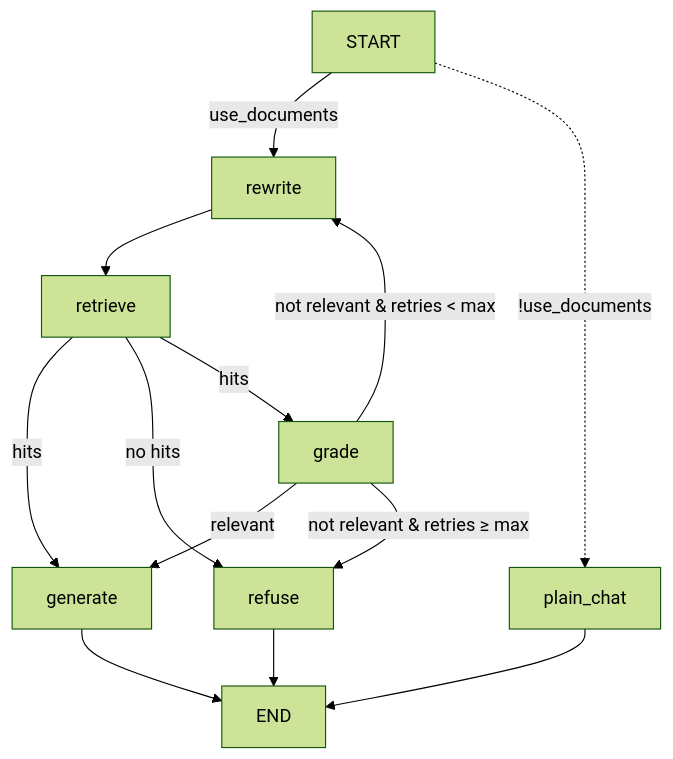
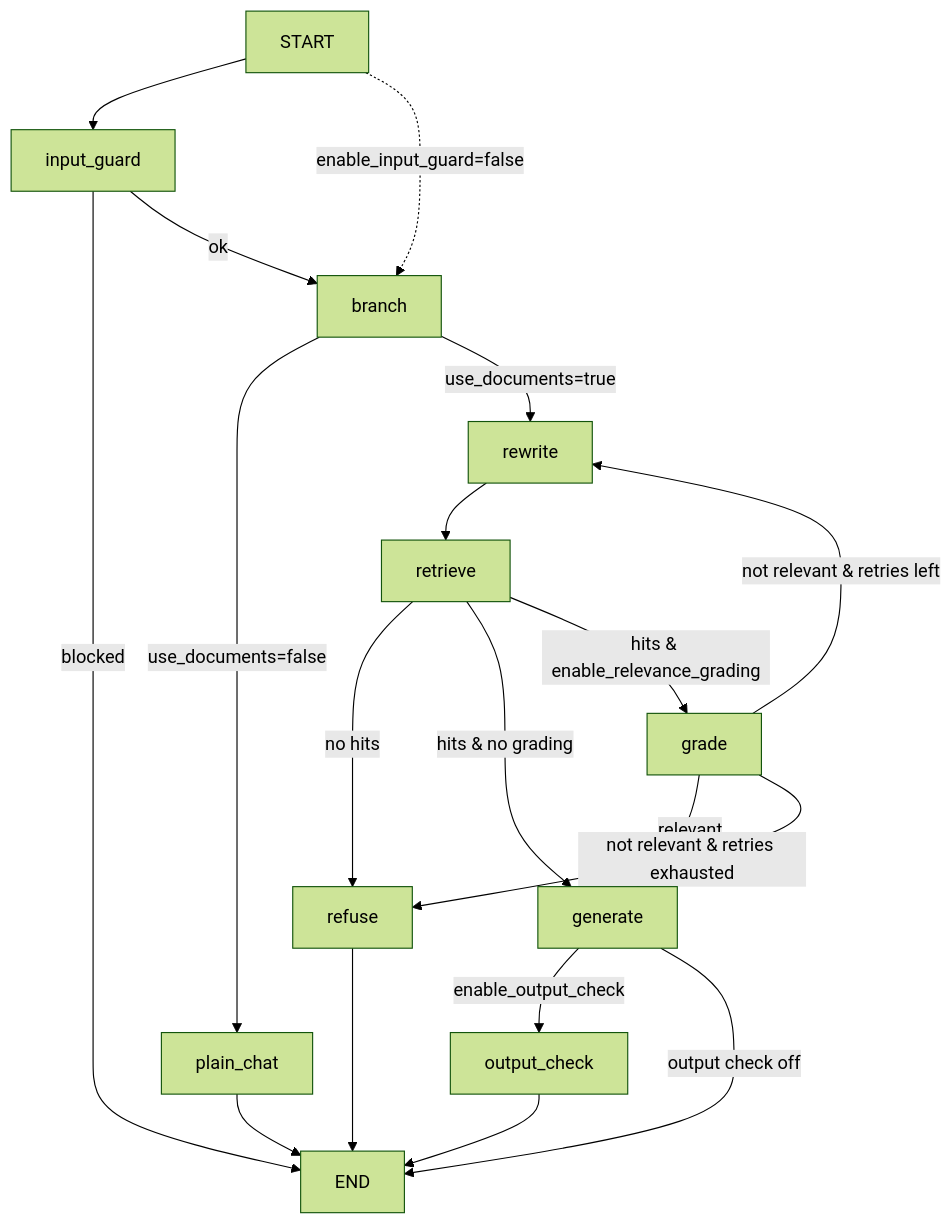
Before and after one commit to Sonam-R/RAG-Chatbot: the diagram in backend/docs/graph.md, drawn with Mermaid (forest theme). The commit also changed other lines of this file and 23 other files, not shown here.

````diff
--- a/backend/docs/graph.md
+++ b/backend/docs/graph.md
@@ -9,16 +7,21 @@
 ```mermaid
 flowchart TD
-    START -->|use_documents| rewrite
-    START -.->|!use_documents| plain_chat
+    START --> input_guard
+    START -.->|enable_input_guard=false| branch
+    input_guard -->|blocked| END
+    input_guard -->|ok| branch
+    branch -->|use_documents=false| plain_chat
+    branch -->|use_documents=true| rewrite
     rewrite --> retrieve
-    retrieve -->|hits| generate
     retrieve -->|no hits| refuse
-    generate --> END
+    retrieve -->|hits & no grading| generate
+    retrieve -->|hits & enable_relevance_grading| grade
+    grade -->|relevant| generate
+    grade -->|not relevant & retries left| rewrite
+    grade -->|not relevant & retries exhausted| refuse
+    generate -->|enable_output_check| output_check
+    generate -->|output check off| END
+    output_check --> END
     refuse --> END
     plain_chat --> END
-    %% Phase‑2 (optional, enabled via config)
-    retrieve -->|hits| grade
-    grade -->|relevant| generate
-    grade -->|not relevant & retries < max| rewrite
-    grade -->|not relevant & retries ≥ max| refuse
 ```
````
